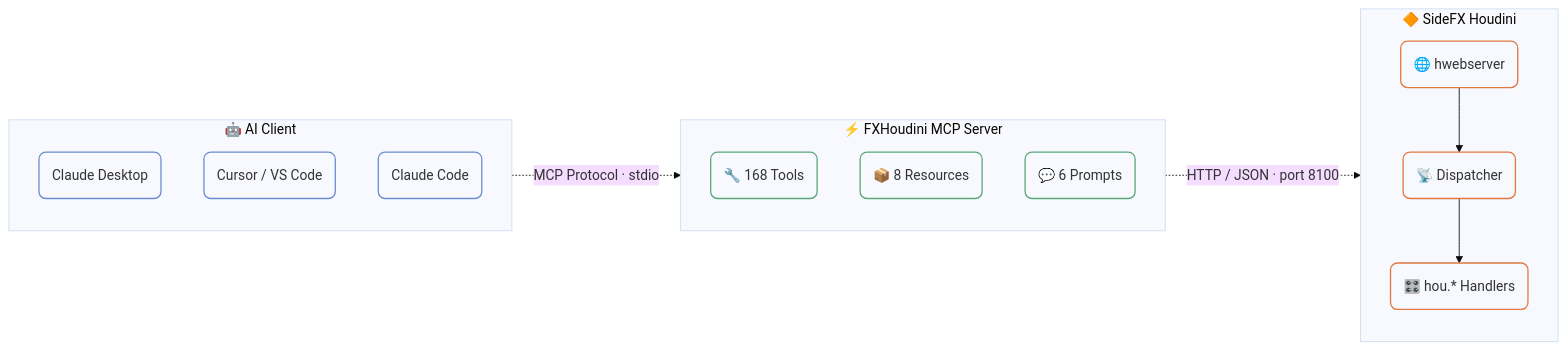
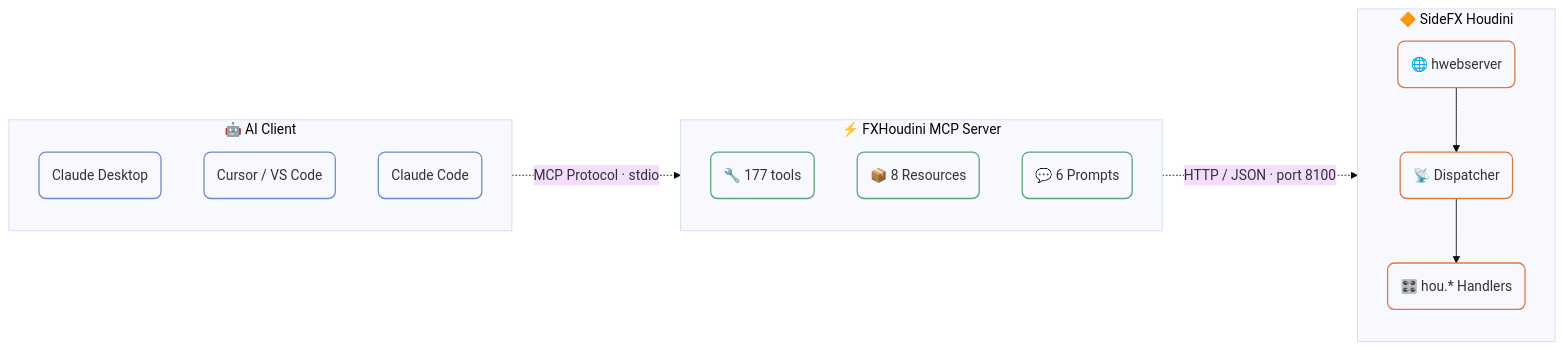
The diagram in docs/index.md (rossgeorgia0430-cyber/fxhoudinimcp-windows-agents), drawn with Mermaid (base theme) before and after one commit. The commit also changed other lines of this file and 10 other files, not shown here.

First line of the commit message:
Add the senior-artist core: graph intelligence tools + discipline

````diff
--- a/docs/index.md
+++ b/docs/index.md
@@ -38,35 +39,35 @@
 ```mermaid
 flowchart LR
     subgraph Client[" 🤖 AI Client "]
         direction TB
         A1("Claude Desktop")
         A2("Cursor / VS Code")
         A3("Claude Code")
     end
 
     subgraph MCP[" ⚡ FXHoudini MCP Server "]
         direction TB
-        B1("🔧 168 Tools")
+        B1("🔧 177 tools")
         B2("📦 8 Resources")
         B3("💬 6 Prompts")
     end
 
     subgraph Houdini[" 🔶 SideFX Houdini "]
         direction TB
         C1("🌐 hwebserver")
         C2("📡 Dispatcher")
         C3("🎛️ hou.* Handlers")
         C1 --> C2 --> C3
     end
 
     Client -. "MCP Protocol · stdio" .-> MCP
     MCP -. "HTTP / JSON · port 8100" .-> Houdini
 
     classDef clientNode fill:transparent,stroke:#6b8cce,stroke-width:1.5px,rx:8,ry:8
     classDef mcpNode fill:transparent,stroke:#5ba67a,stroke-width:1.5px,rx:8,ry:8
     classDef houdiniNode fill:transparent,stroke:#e07840,stroke-width:1.5px,rx:8,ry:8
 
     class A1,A2,A3 clientNode
     class B1,B2,B3 mcpNode
     class C1,C2,C3 houdiniNode
 ```
````
